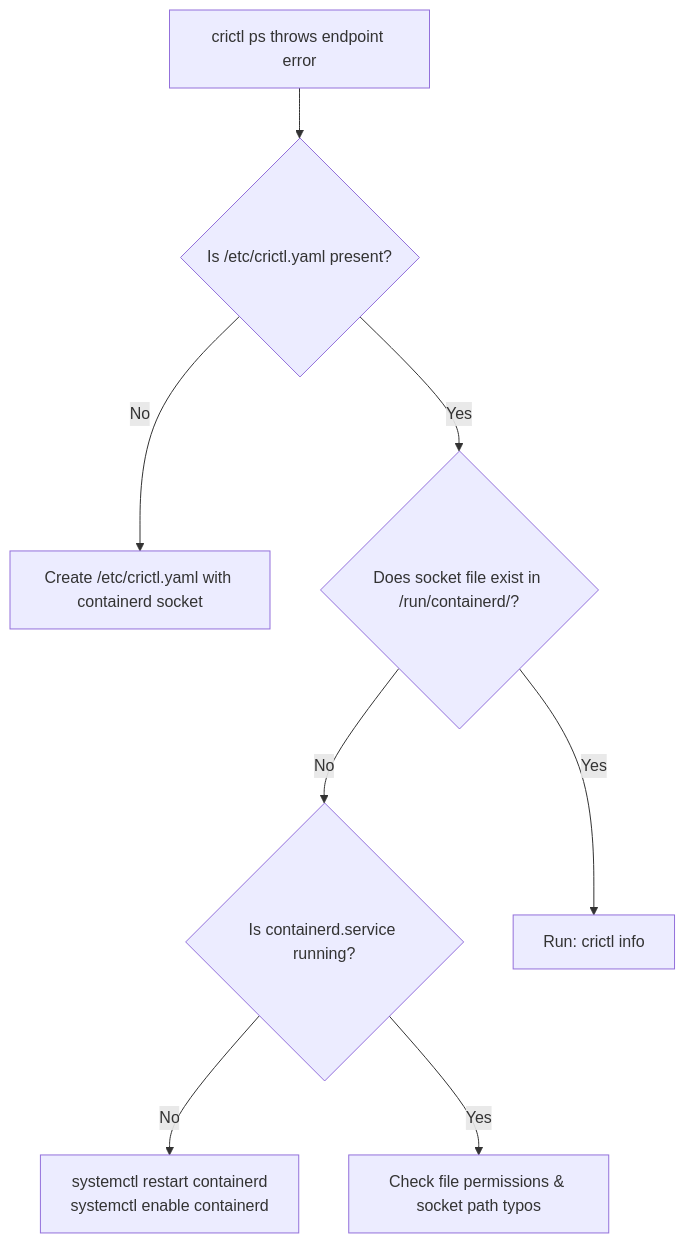
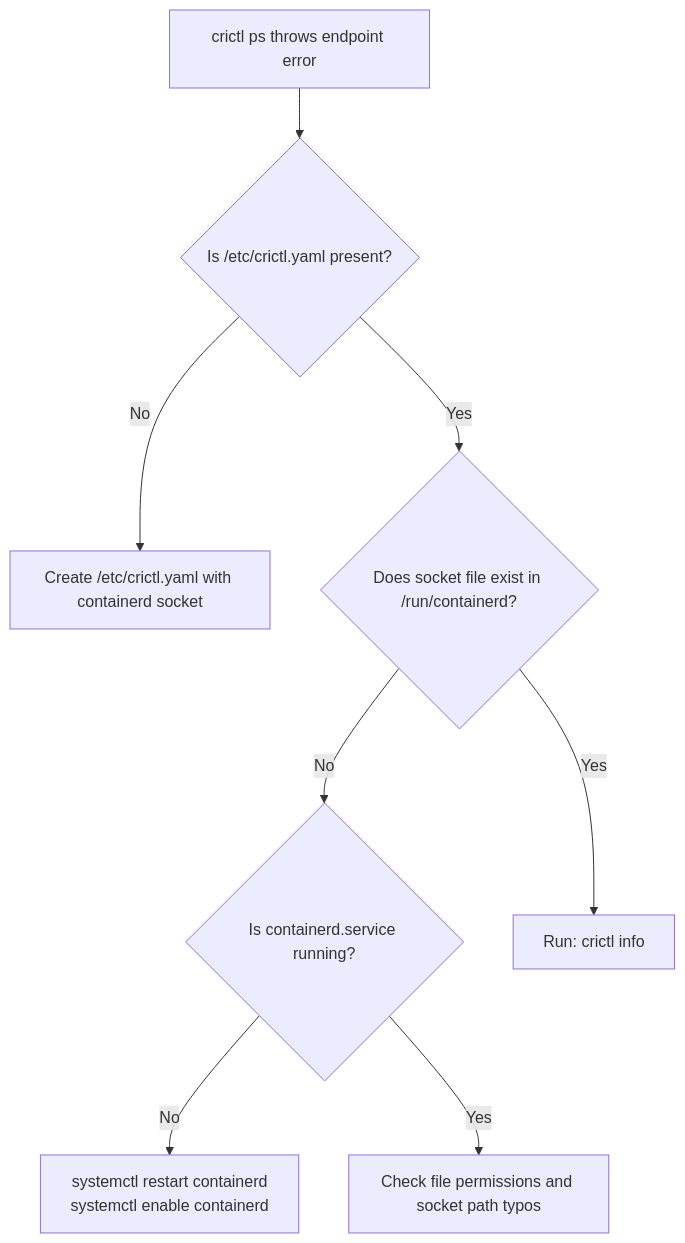
The second of 2 diagrams in docker-vs-containerd.md (LikhithST/CKA-Notes), drawn with Mermaid before and after one commit. The commit also changed other lines of this file, not shown here.

Commit message:
fixing mermaid diagram

````diff
--- a/docker-vs-containerd.md
+++ b/docker-vs-containerd.md
@@ -247,10 +247,10 @@
 ```mermaid
 flowchart TD
     Err["crictl ps throws endpoint error"] --> CheckEnv{"Is /etc/crictl.yaml present?"}
     CheckEnv -- No --> CreateConfig["Create /etc/crictl.yaml with containerd socket"]
-    CheckEnv -- Yes --> CheckSocket{"Does socket file exist in /run/containerd/?"}
+    CheckEnv -- Yes --> CheckSocket{"Does socket file exist in /run/containerd?"}
     CheckSocket -- No --> CheckService{"Is containerd.service running?"}
     CheckService -- No --> StartService["systemctl restart containerd<br/>systemctl enable containerd"]
-    CheckService -- Yes --> CheckPerms["Check file permissions & socket path typos"]
+    CheckService -- Yes --> CheckPerms["Check file permissions and socket path typos"]
     CheckSocket -- Yes --> TestCRI["Run: crictl info"]
 ```
````
